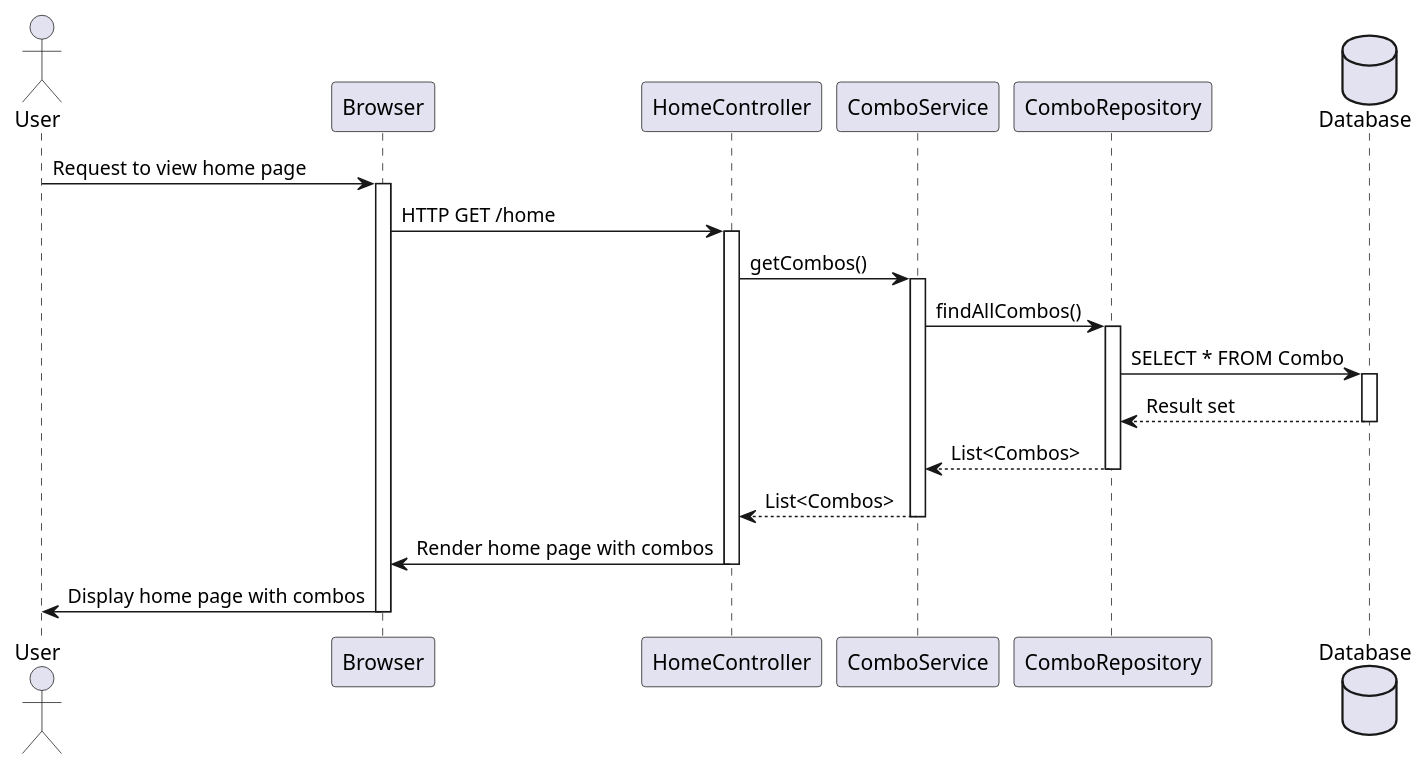
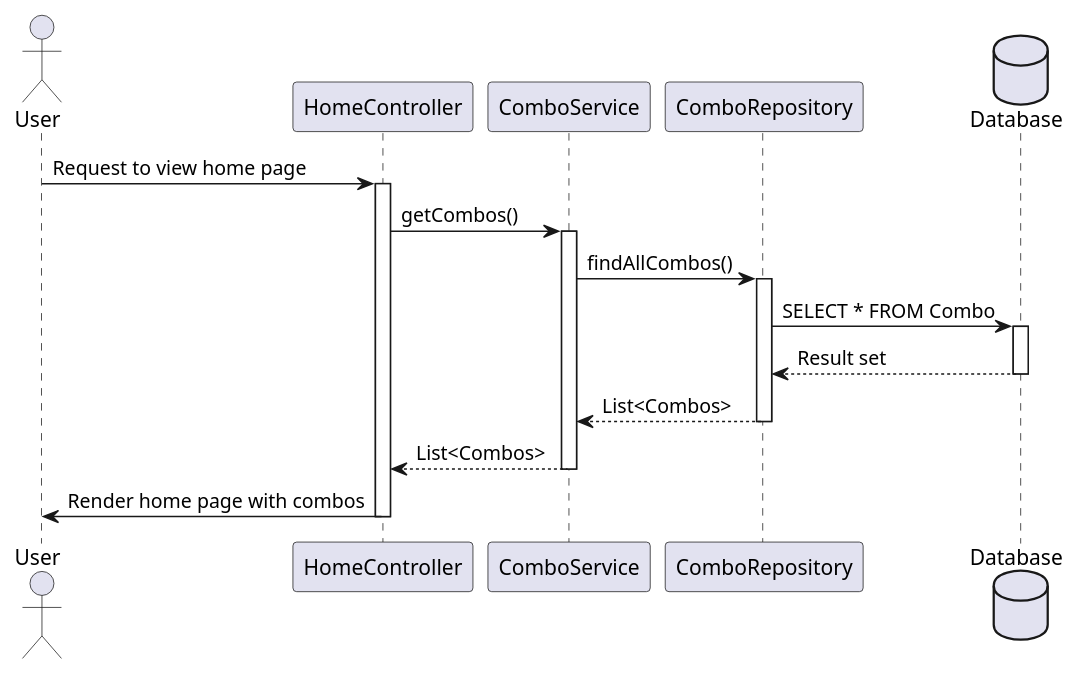
One commit to thanhtung8903/nutrimeal changed the diagram in sequence_diagram/UC1_ViewHomePage.puml. Above: the diagram before and after it, drawn with PlantUML. The commit also changed 9 other files, not shown here.

Commit message:
class diagram

```diff
--- a/sequence_diagram/UC1_ViewHomePage.puml
+++ b/sequence_diagram/UC1_ViewHomePage.puml
@@ -1,29 +1,26 @@
 @startuml
+
 actor User
-participant Browser
 participant HomeController
 participant ComboService
 participant ComboRepository
 database "Database" as Database
 
-User -> Browser: Request to view home page
-activate Browser
-Browser -> HomeController: HTTP GET /home
+User -> HomeController: Request to view home page
 activate HomeController
 HomeController -> ComboService: getCombos()
 activate ComboService
 ComboService -> ComboRepository: findAllCombos()
 activate ComboRepository
 ComboRepository -> Database: SELECT * FROM Combo
 activate Database
 Database --> ComboRepository: Result set
 deactivate Database
 ComboRepository --> ComboService: List<Combos>
 deactivate ComboRepository
 ComboService --> HomeController: List<Combos>
 deactivate ComboService
-HomeController -> Browser: Render home page with combos
+HomeController -> User: Render home page with combos
 deactivate HomeController
-Browser -> User: Display home page with combos
-deactivate Browser
+
 @enduml
```
